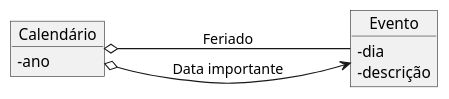
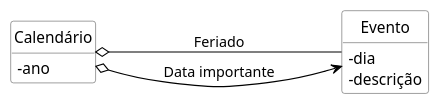
Before and after one commit to kyriosdata/oo: the diagram in imagens/modelos-07/mod07ima16/mod07ima16.plantuml, drawn with PlantUML. The commit also changed 10 other files, not shown here.

```diff
--- a/imagens/modelos-07/mod07ima16/mod07ima16.plantuml
+++ b/imagens/modelos-07/mod07ima16/mod07ima16.plantuml
@@ -1,11 +1,21 @@
 @startuml mod07ima16
+hide circle
+hide methods
+hide empty members
+
+skinparam class {
+    BackgroundColor White
+    ArrowColor Black
+    BorderColor #505050
+}
+
 skinparam ClassAttributeIconSize 0
-object "Calendário" as ca
+class "Calendário" as ca
 ca : - ano
-object "Evento" as ev
+class "Evento" as ev
 ev : -dia
 ev : - descrição
 left to right direction
 ca o-down- ev : Feriado
 ca o---> ev : Data importante
 @enduml
```
